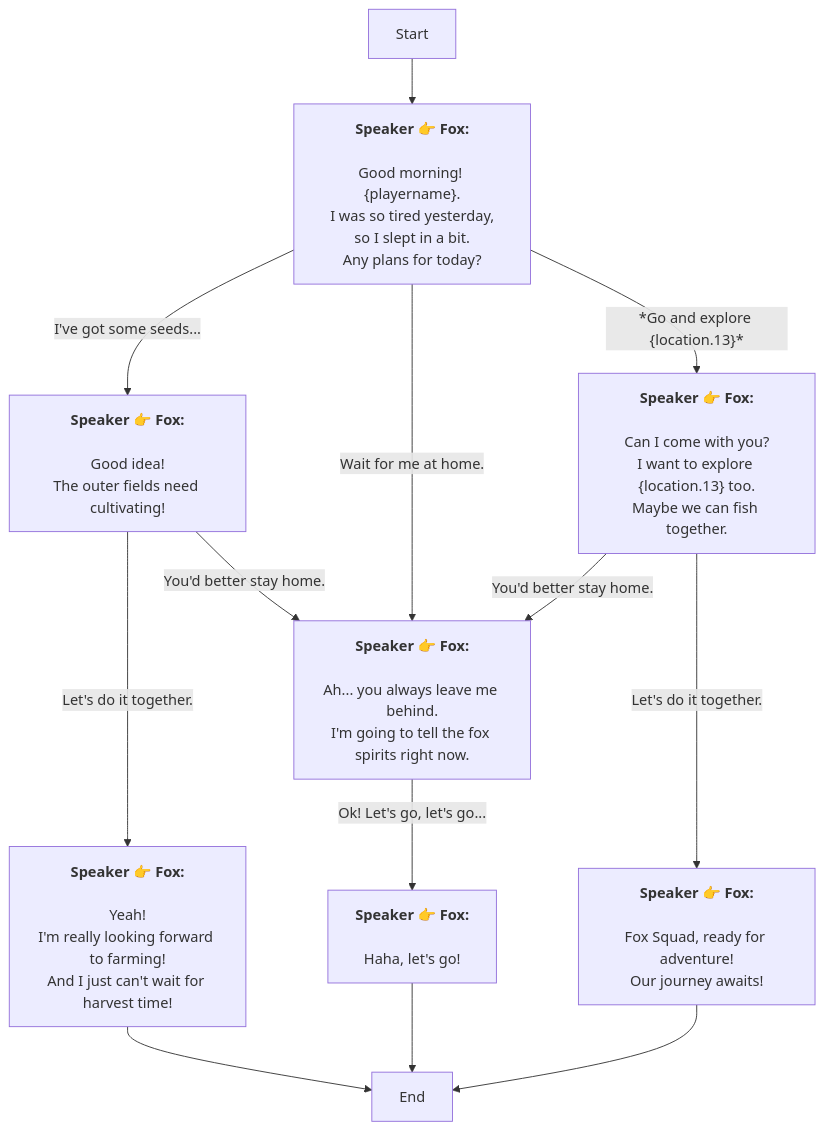
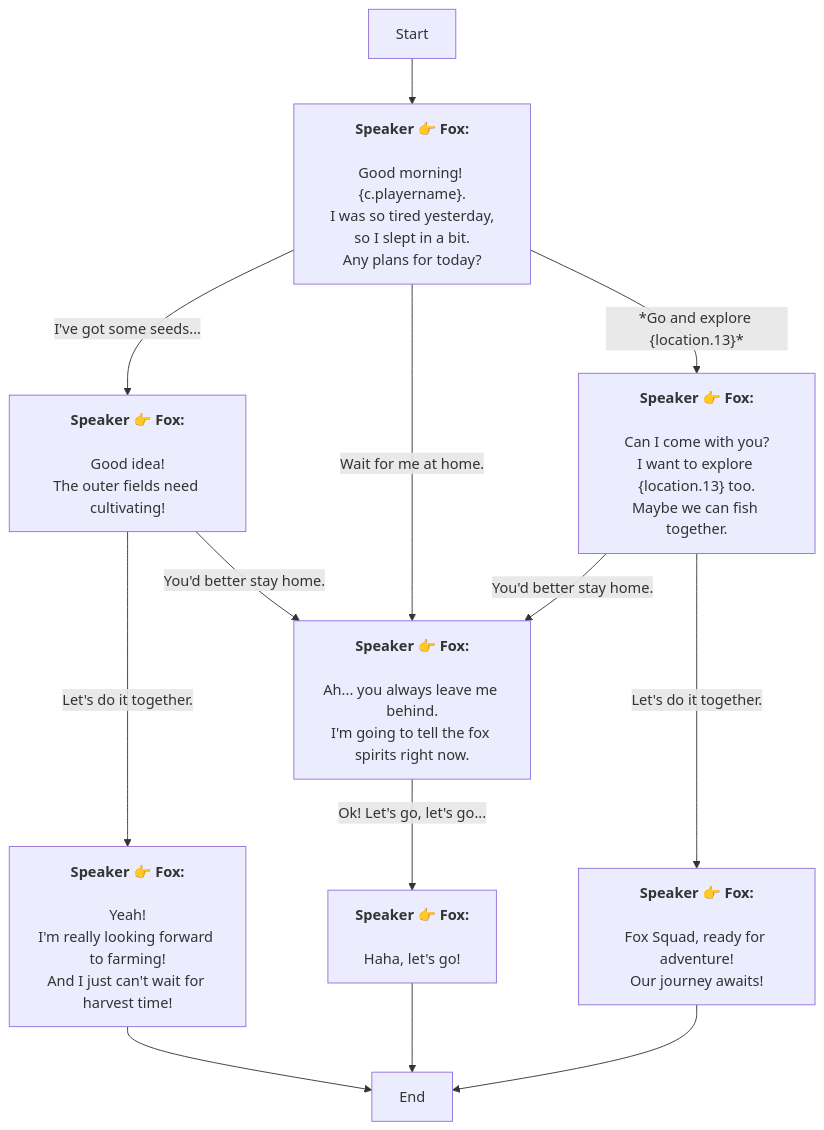
Before and after one commit to SoftHu/tos_avg: the diagram in En/QuestTalkObjectiveNode_1738535630978160.md, drawn with Mermaid. The commit also changed 410 other files, not shown here.

````diff
--- a/En/QuestTalkObjectiveNode_1738535630978160.md
+++ b/En/QuestTalkObjectiveNode_1738535630978160.md
@@ -1,37 +1,36 @@
 ```mermaid
 graph
 Start -->1738536455094394[<b>Speaker 👉 Fox:</b>
-\nGood morning! &lbrace;playername&rbrace;.
+\nGood morning! &lbrace;c.playername&rbrace;.
 I was so tired yesterday,
 so I slept in a bit.\nAny plans for today?]
 1738536455094394 -->|I've got some seeds...|1738536700192898[<b>Speaker 👉 Fox:</b>
 \nGood idea!
-The outer fields need cultivating!
-]
+The outer fields need cultivating!]
 1738536455094394 -->|Wait for me at home.|1738536768908425[<b>Speaker 👉 Fox:</b>
 \nAh... you always leave me behind.
 I'm going to tell the fox spirits right now.]
 1738536455094394 -->|*Go and explore &lbrace;location.13&rbrace;*|1738537311769740[<b>Speaker 👉 Fox:</b>
 \nCan I come with you?
 I want to explore &lbrace;location.13&rbrace; too.
 Maybe we can fish together.]
 1738536700192898 -->|Let's do it together.|1738536759971976[<b>Speaker 👉 Fox:</b>
 \nYeah!
 I'm really looking forward to farming!
 And I just can't wait for harvest time!]
 1738536700192898 -->|You'd better stay home.|1738536768908425[<b>Speaker 👉 Fox:</b>
 \nAh... you always leave me behind.
 I'm going to tell the fox spirits right now.]
 1738536759971976 -->1738536081685624[End]
 1738536768908425 -->|Ok! Let's go, let's go...|1751470531146036[<b>Speaker 👉 Fox:</b>
 \nHaha, let's go!]
 1751470531146036 -->1738536081685624[End]
 1738537311769740 -->|You'd better stay home.|1738536768908425[<b>Speaker 👉 Fox:</b>
 \nAh... you always leave me behind.
 I'm going to tell the fox spirits right now.]
 1738537311769740 -->|Let's do it together.|1738537387244689[<b>Speaker 👉 Fox:</b>
 \nFox Squad, ready for adventure!
 Our journey awaits!]
 1738537387244689 -->1738536081685624[End]
 
 ```
````
